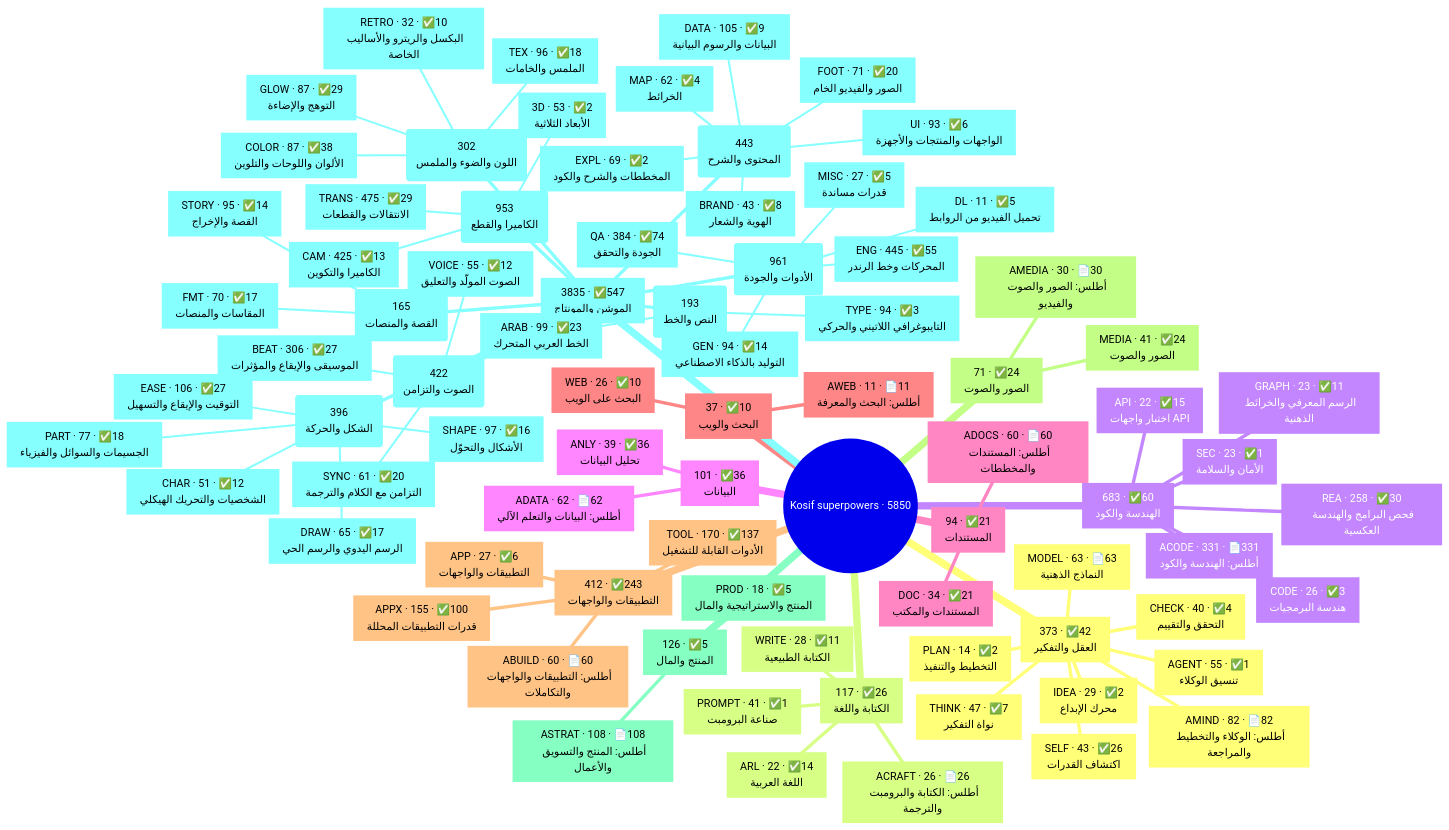
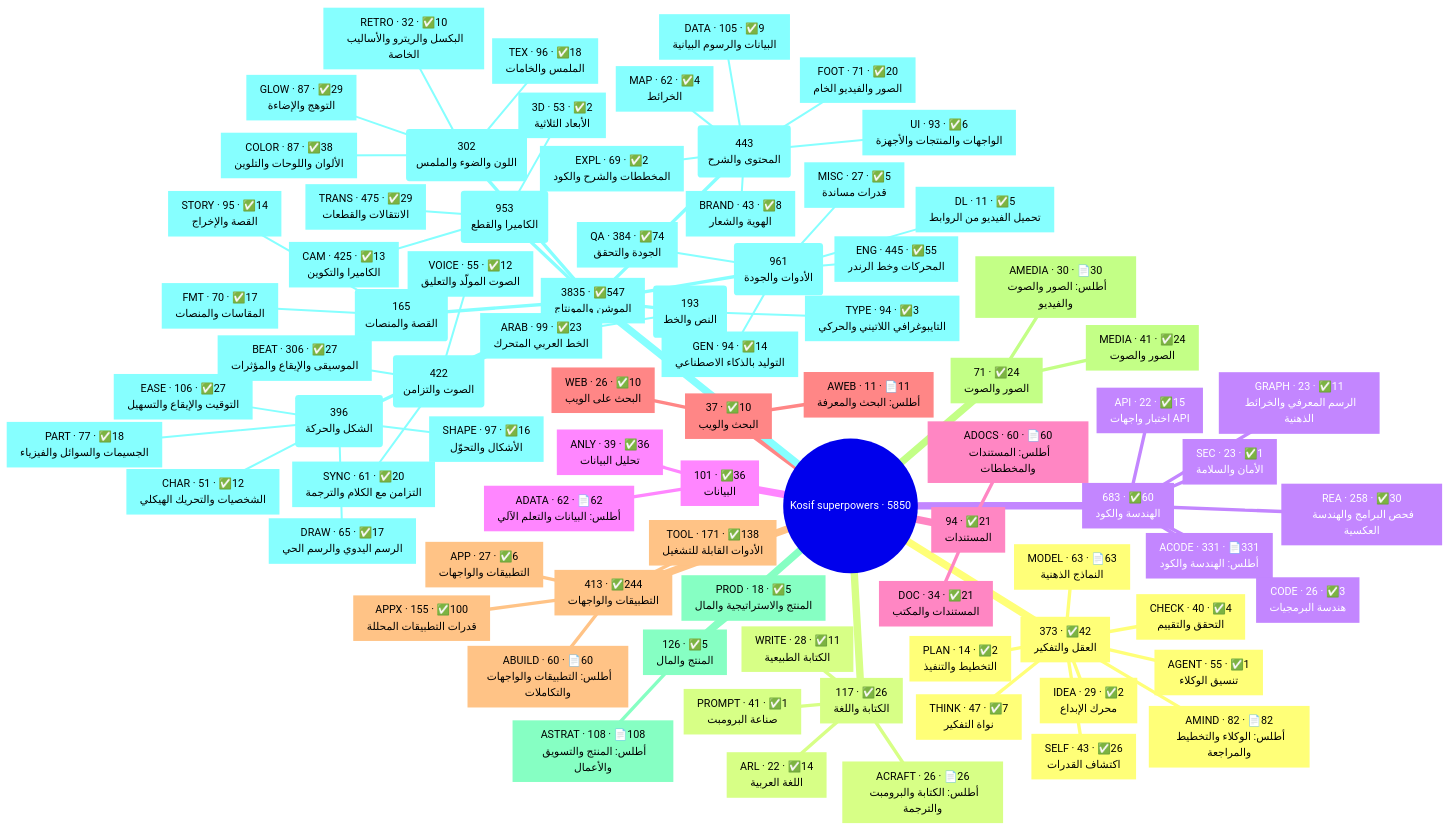
One commit to kosif199022-jpg/kosif-tool changed the first of 2 diagrams in .claude/skills/kosif-superpowers/references/capability-map.md. Above: the diagram before and after it, drawn with Mermaid. The commit also changed 3 other files, not shown here.

```diff
--- a/.claude/skills/kosif-superpowers/references/capability-map.md
+++ b/.claude/skills/kosif-superpowers/references/capability-map.md
@@ -78,9 +78,9 @@
 البحث على الويب`"]
       n30["`AWEB · 11 · 📄11
 أطلس: البحث والمعرفة`"]
-    n31["`412 · ✅243
+    n31["`413 · ✅244
 التطبيقات والواجهات`"]
-      n32["`TOOL · 170 · ✅137
+      n32["`TOOL · 171 · ✅138
 الأدوات القابلة للتشغيل`"]
       n33["`APPX · 155 · ✅100
 قدرات التطبيقات المحللة`"]
```
